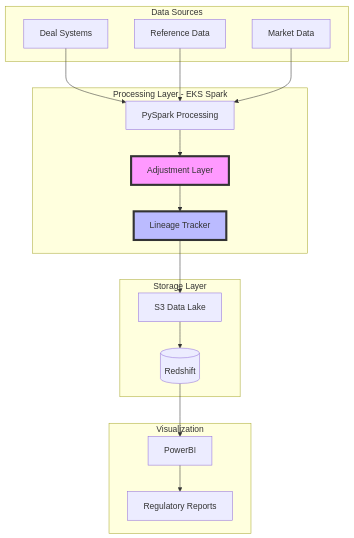
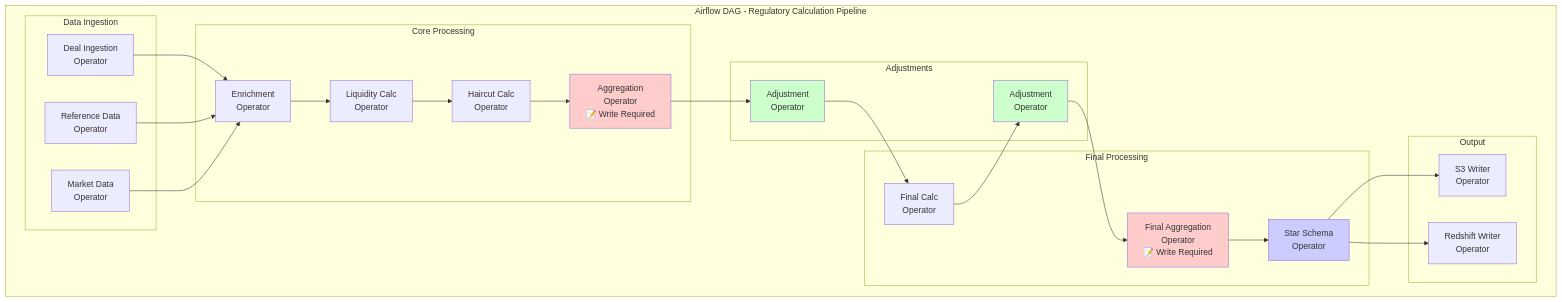
One commit to foolishimp/c4h_projects changed the first of 9 diagrams in processes/adjustments_models_v1.md. Above: the diagram before and after it, drawn with Mermaid. The commit also changed other lines of this file and 1 other file, not shown here.

````diff
--- a/processes/adjustments_models_v1.md
+++ b/processes/adjustments_models_v1.md
@@ -22,37 +22,53 @@
 ```mermaid
 graph TB
-    subgraph "Data Sources"
-        DS[Deal Systems]
-        RS[Reference Data]
-        MS[Market Data]
+    subgraph "Airflow DAG - Regulatory Calculation Pipeline"
+        subgraph "Data Ingestion"
+            DI[Deal Ingestion<br/>Operator]
+            RI[Reference Data<br/>Operator]
+            MI[Market Data<br/>Operator]
+        end
+        
+        subgraph "Core Processing"
+            EN[Enrichment<br/>Operator]
+            LC[Liquidity Calc<br/>Operator]
+            HC[Haircut Calc<br/>Operator]
+            AGG1[Aggregation<br/>Operator<br/>📝 Write Required]
+        end
+        
+        subgraph "Adjustments"
+            ADJ1[Adjustment<br/>Operator]
+            ADJ2[Adjustment<br/>Operator]
+        end
+        
+        subgraph "Final Processing"
+            FC[Final Calc<br/>Operator]
+            AGG2[Final Aggregation<br/>Operator<br/>📝 Write Required]
+            SS[Star Schema<br/>Operator]
+        end
+        
+        subgraph "Output"
+            S3W[S3 Writer<br/>Operator]
+            RSW[Redshift Writer<br/>Operator]
+        end
+        
+        DI --> EN
+        RI --> EN
+        MI --> EN
+        EN --> LC
+        LC --> HC
+        HC --> AGG1
+        AGG1 --> ADJ1
+        ADJ1 --> FC
+        FC --> ADJ2
+        ADJ2 --> AGG2
+        AGG2 --> SS
+        SS --> S3W
+        SS --> RSW
+        
+        style AGG1 fill:#ffcccc
+        style AGG2 fill:#ffcccc
+        style ADJ1 fill:#ccffcc
+        style ADJ2 fill:#ccffcc
+        style SS fill:#ccccff
     end
-    
-    subgraph "Processing Layer - EKS Spark"
-        SP[PySpark Processing]
-        AL[Adjustment Layer]
-        LT[Lineage Tracker]
-    end
-    
-    subgraph "Storage Layer"
-        S3[S3 Data Lake]
-        RS_DB[(Redshift)]
-    end
-    
-    subgraph "Visualization"
-        PBI[PowerBI]
-        REP[Regulatory Reports]
-    end
-    
-    DS --> SP
-    RS --> SP
-    MS --> SP
-    SP --> AL
-    AL --> LT
-    LT --> S3
-    S3 --> RS_DB
-    RS_DB --> PBI
-    PBI --> REP
-    
-    style AL fill:#f9f,stroke:#333,stroke-width:4px
-    style LT fill:#bbf,stroke:#333,stroke-width:4px
 ```
````
